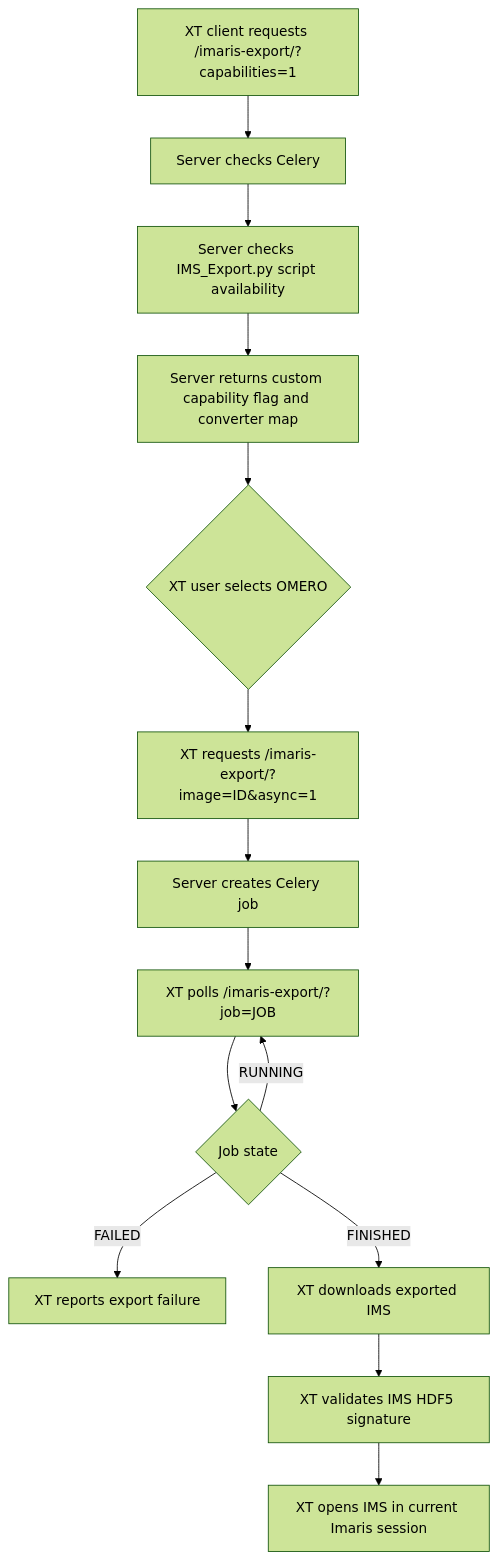
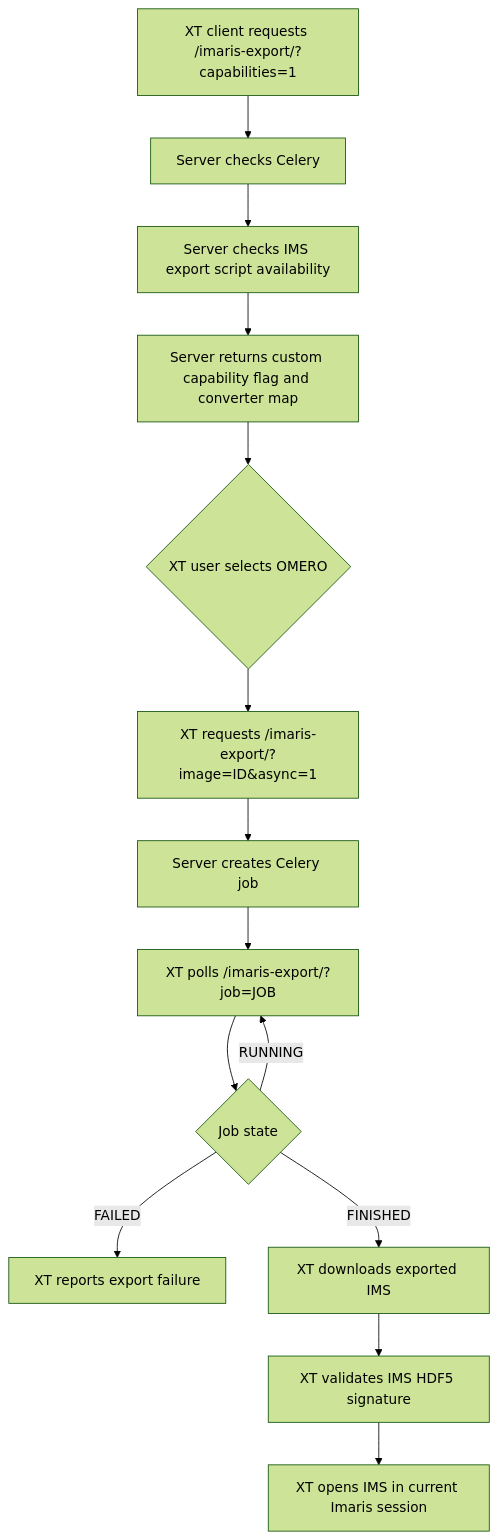
The fourth of 7 diagrams in docs/plugins/imaris-connector-workflow.md (ZMB-UZH/omero-docker-extended), drawn with Mermaid (forest theme) before and after one commit. The commit also changed other lines of this file and 8 other files, not shown here.

````diff
--- a/docs/plugins/imaris-connector-workflow.md
+++ b/docs/plugins/imaris-connector-workflow.md
@@ -128,16 +125,16 @@
 ```mermaid
 flowchart TD
     A[XT client requests /imaris-export/?capabilities=1] --> B[Server checks Celery]
-    B --> C[Server checks IMS_Export.py script availability]
+    B --> C[Server checks IMS export script availability]
     C --> D[Server returns custom capability flag and converter map]
     D --> E{XT user selects OMERO}
     E --> F[XT requests /imaris-export/?image=ID&async=1]
     F --> G[Server creates Celery job]
     G --> H[XT polls /imaris-export/?job=JOB]
     H --> I{Job state}
     I -->|RUNNING| H
     I -->|FAILED| J[XT reports export failure]
     I -->|FINISHED| K[XT downloads exported IMS]
     K --> L[XT validates IMS HDF5 signature]
     L --> M[XT opens IMS in current Imaris session]
 ```
````
